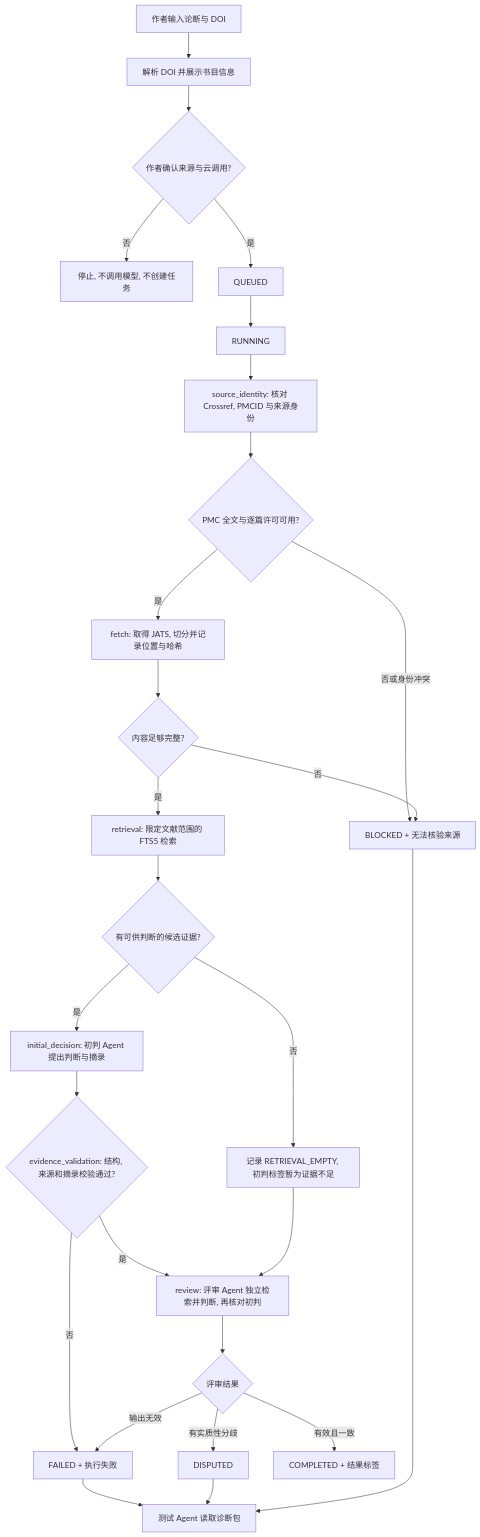
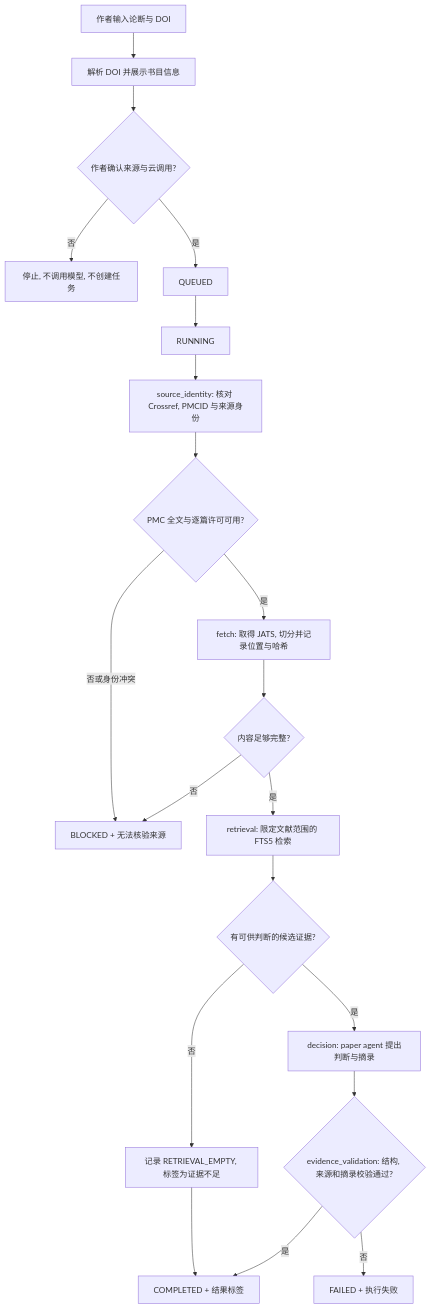
The fourth of 4 diagrams in docs/architecture.md (wynxing/paper-evidence-agent), drawn with Mermaid before and after one commit. The commit also changed other lines of this file and 6 other files, not shown here.

First line of the commit message:
docs: keep contest scope to one paper agent

````diff
--- a/docs/architecture.md
+++ b/docs/architecture.md
@@ -60,29 +119,22 @@
 ```mermaid
 flowchart TD
     A["作者输入论断与 DOI"] --> B["解析 DOI 并展示书目信息"]
     B --> C{"作者确认来源与云调用?"}
     C -- "否" --> Stop["停止, 不调用模型, 不创建任务"]
     C -- "是" --> D["QUEUED"]
     D --> Run["RUNNING"]
     Run --> E["source_identity: 核对 Crossref, PMCID 与来源身份"]
     E --> F{"PMC 全文与逐篇许可可用?"}
     F -- "否或身份冲突" --> U["BLOCKED + 无法核验来源"]
     F -- "是" --> G["fetch: 取得 JATS, 切分并记录位置与哈希"]
     G --> H{"内容足够完整?"}
     H -- "否" --> U
     H -- "是" --> I["retrieval: 限定文献范围的 FTS5 检索"]
     I --> J{"有可供判断的候选证据?"}
-    J -- "否" --> N["记录 RETRIEVAL_EMPTY, 初判标签暂为证据不足"]
-    J -- "是" --> K["initial_decision: 初判 Agent 提出判断与摘录"]
+    J -- "否" --> N["记录 RETRIEVAL_EMPTY, 标签为证据不足"]
+    N --> M["COMPLETED + 结果标签"]
+    J -- "是" --> K["decision: paper agent 提出判断与摘录"]
     K --> L{"evidence_validation: 结构, 来源和摘录校验通过?"}
     L -- "否" --> X["FAILED + 执行失败"]
-    L -- "是" --> R["review: 评审 Agent 独立检索并判断, 再核对初判"]
-    N --> R
-    R --> V{"评审结果"}
-    V -- "输出无效" --> X
-    V -- "有实质性分歧" --> Q["DISPUTED"]
-    V -- "有效且一致" --> M["COMPLETED + 结果标签"]
-    X --> T["测试 Agent 读取诊断包"]
-    Q --> T
-    U --> T
+    L -- "是" --> M
 ```
````
